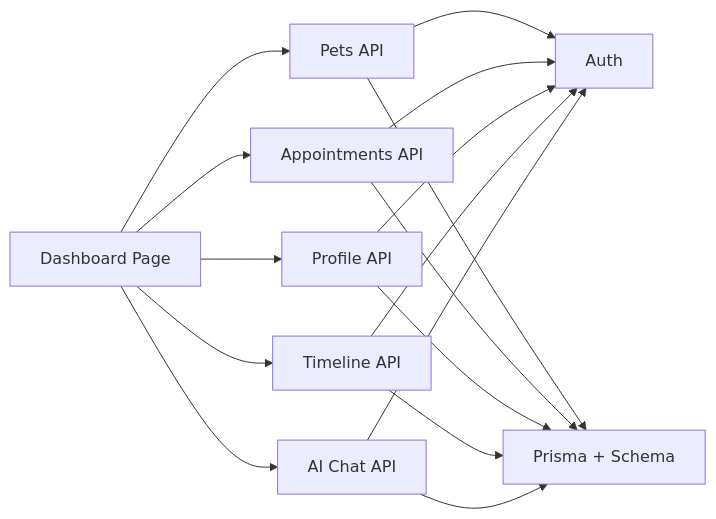
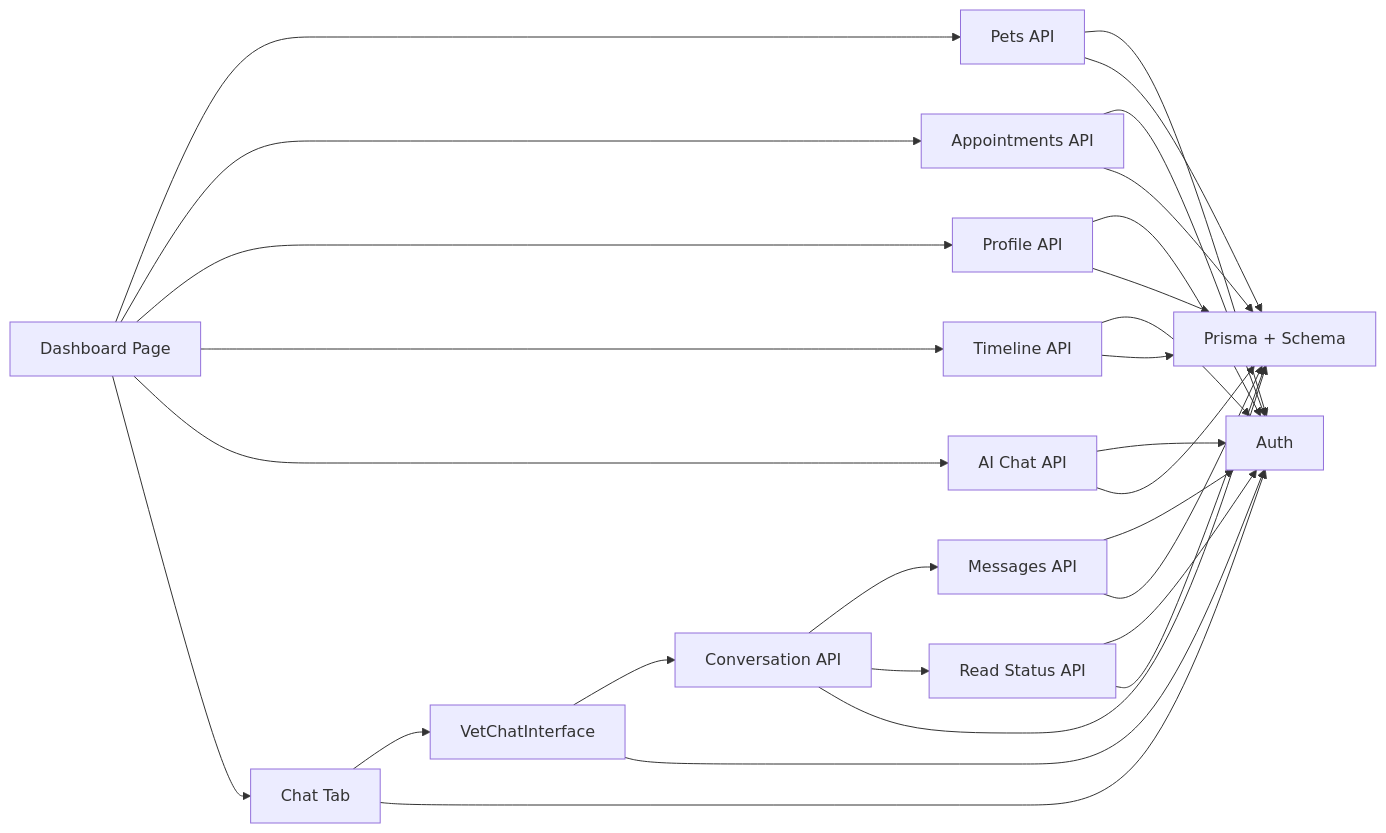
One commit to Javeria-Javaid/ai-powered-pet-healthcare-ecosystem changed the third of 3 diagrams in .qoder/repowiki/en/content/User Dashboards/Pet Owner Dashboard.md. Above: the diagram before and after it, drawn with Mermaid. The commit also changed other lines of this file and 37 other files, not shown here.

````diff
--- a/.qoder/repowiki/en/content/User Dashboards/Pet Owner Dashboard.md
+++ b/.qoder/repowiki/en/content/User Dashboards/Pet Owner Dashboard.md
@@ -246,18 +350,30 @@
 ```mermaid
 graph LR
 D["Dashboard Page"] --> P["Pets API"]
 D --> A["Appointments API"]
 D --> R["Profile API"]
 D --> T["Timeline API"]
 D --> C["AI Chat API"]
+D --> CH["Chat Tab"]
+CH --> VCI["VetChatInterface"]
+VCI --> CA["Conversation API"]
+CA --> M["Messages API"]
+CA --> RD["Read Status API"]
 P --> AUTH["Auth"]
 A --> AUTH
 R --> AUTH
 T --> AUTH
 C --> AUTH
+CH --> AUTH
+VCI --> AUTH
+M --> AUTH
+RD --> AUTH
 P --> DB["Prisma + Schema"]
 A --> DB
 R --> DB
 T --> DB
 C --> DB
+CA --> DB
+M --> DB
+RD --> DB
 ```
````
